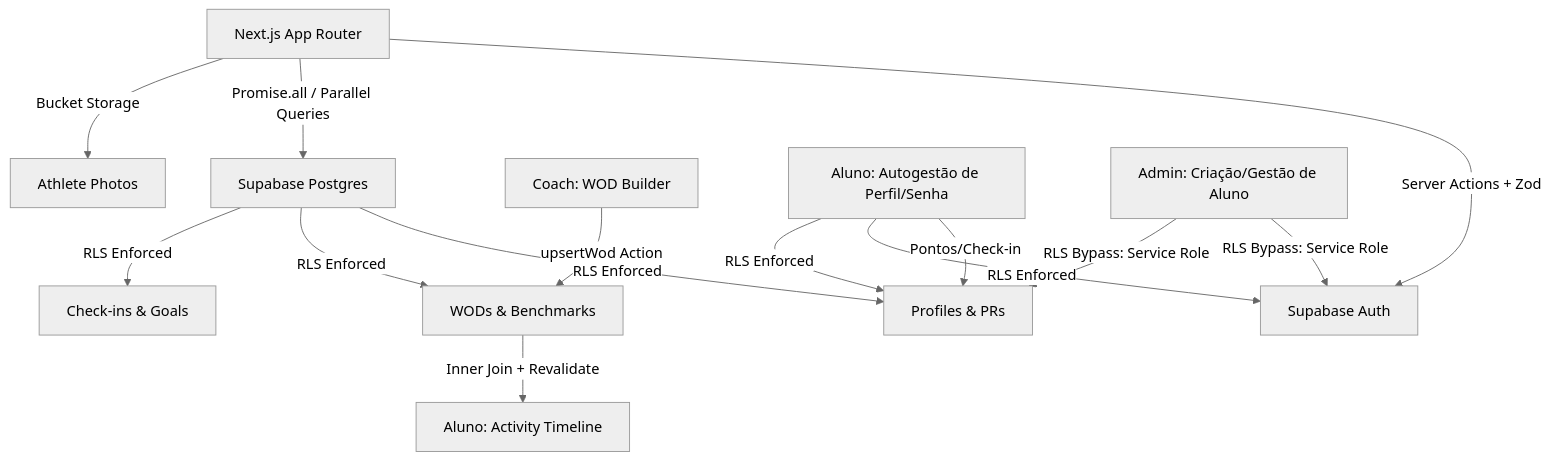
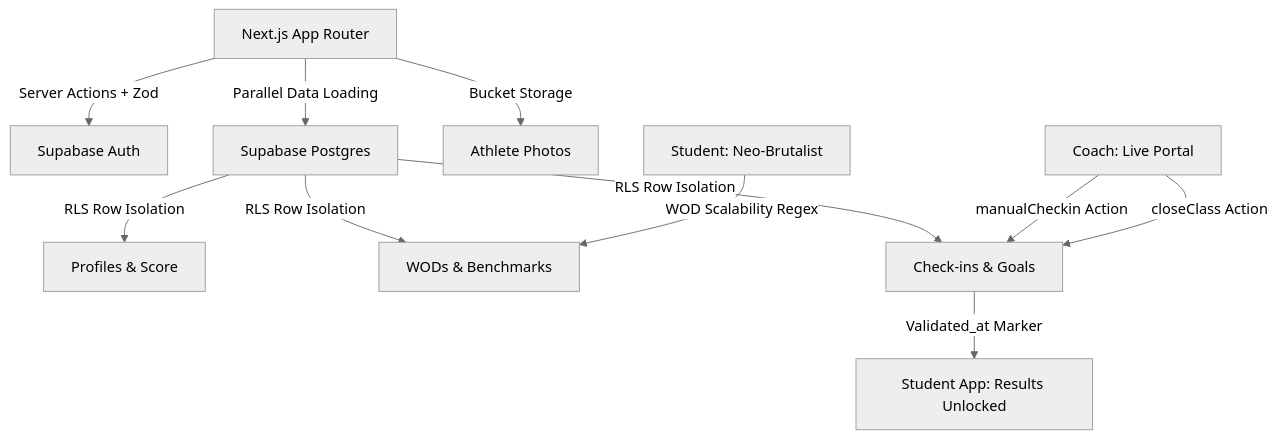
One commit to ColiseuFit/web-app changed the diagram in README.md. Above: the diagram before and after it, drawn with Mermaid (neutral theme). The commit also changed other lines of this file and 40 other files, not shown here.

````diff
--- a/README.md
+++ b/README.md
@@ -36,16 +32,13 @@
 ```mermaid
 graph TD
     A[Next.js App Router] -->|Server Actions + Zod| B[Supabase Auth]
-    A -->|Promise.all / Parallel Queries| C[Supabase Postgres]
-    C -->|RLS Enforced| D[Profiles & PRs]
-    C -->|RLS Enforced| E[WODs & Benchmarks]
-    C -->|RLS Enforced| F[Check-ins & Goals]
+    A -->|Parallel Data Loading| C[Supabase Postgres]
+    C -->|RLS Row Isolation| D[Profiles & Score]
+    C -->|RLS Row Isolation| E[WODs & Benchmarks]
+    C -->|RLS Row Isolation| F[Check-ins & Goals]
     A -->|Bucket Storage| G[Athlete Photos]
-    H[Coach: WOD Builder] -->|upsertWod Action| E
-    E -->|Inner Join + Revalidate| I[Aluno: Activity Timeline]
-    K[Aluno: Gamificação] -->|Pontos/Check-in| D
-    J[Admin: Criação/Gestão de Aluno] -->|RLS Bypass: Service Role| B
-    J -->|RLS Bypass: Service Role| D
-    K[Aluno: Autogestão de Perfil/Senha] -->|RLS Enforced| B
-    K -->|RLS Enforced| D
+    H[Coach: Live Portal] -->|manualCheckin Action| F
+    H -->|closeClass Action| F
+    F -->|Validated_at Marker| I[Student App: Results Unlocked]
+    K[Student: Neo-Brutalist] -->|WOD Scalability Regex| E
 ```
````
